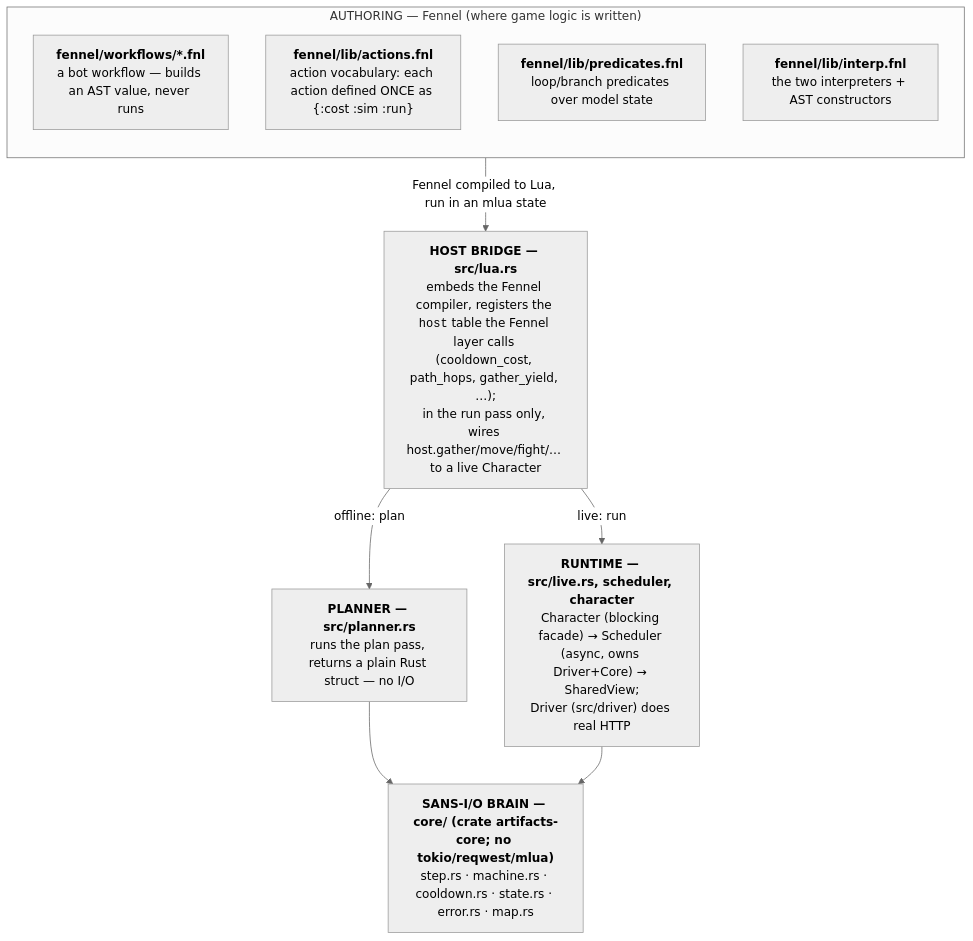
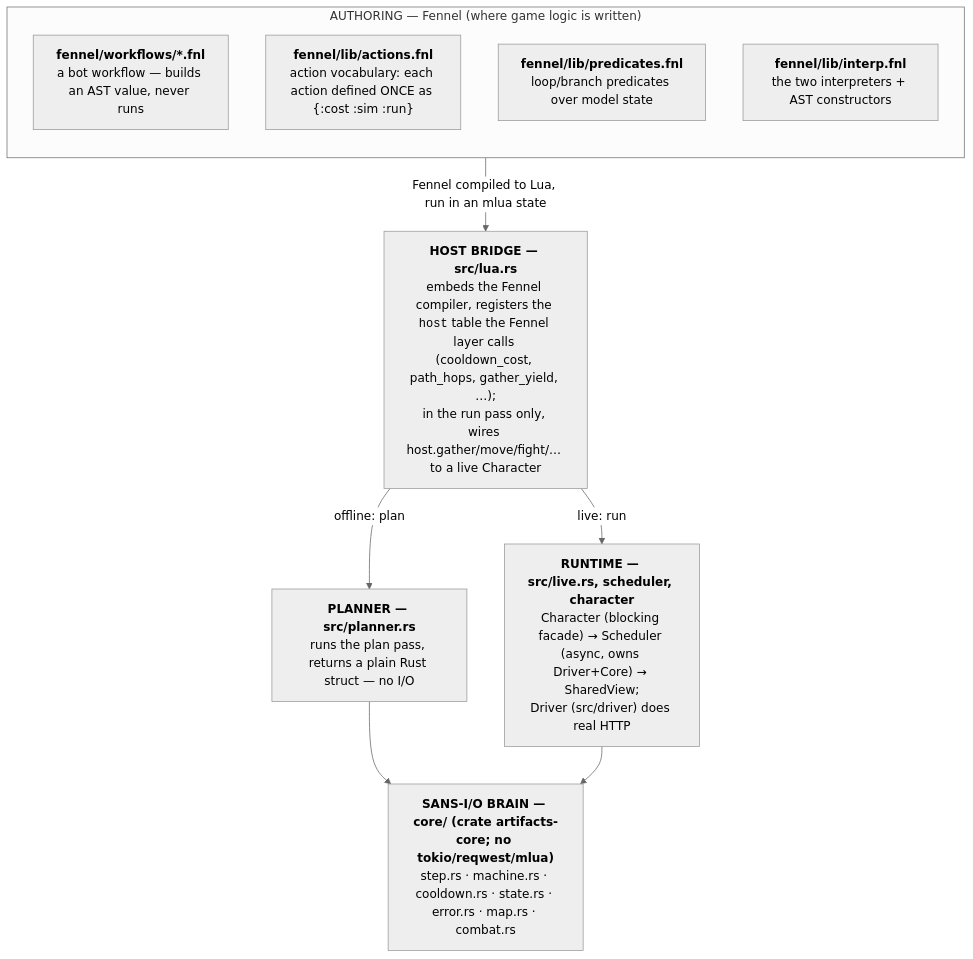
One commit to dfontana/artifacts changed the diagram in docs/ARCHITECTURE.md. Above: the diagram before and after it, drawn with Mermaid (neutral theme). The commit also changed other lines of this file and 19 other files, not shown here.

````diff
--- a/docs/ARCHITECTURE.md
+++ b/docs/ARCHITECTURE.md
@@ -11,23 +11,23 @@
 ```mermaid
 flowchart TD
     subgraph authoring["AUTHORING — Fennel (where game logic is written)"]
         direction TB
         wf["<b>fennel/workflows/*.fnl</b><br/>a bot workflow — builds an AST value, never runs"]
         act["<b>fennel/lib/actions.fnl</b><br/>action vocabulary: each action defined ONCE as {:cost :sim :run}"]
         pred["<b>fennel/lib/predicates.fnl</b><br/>loop/branch predicates over model state"]
         interp["<b>fennel/lib/interp.fnl</b><br/>the two interpreters + AST constructors"]
     end
 
     bridge["<b>HOST BRIDGE — src/lua.rs</b><br/>embeds the Fennel compiler, registers the <code>host</code> table the Fennel layer calls (cooldown_cost, path_hops, gather_yield, …);<br/>in the run pass only, wires host.gather/move/fight/… to a live Character"]
 
     planner["<b>PLANNER — src/planner.rs</b><br/>runs the plan pass, returns a plain Rust struct — no I/O"]
     runtime["<b>RUNTIME — src/live.rs, scheduler, character</b><br/>Character (blocking facade) → Scheduler (async, owns Driver+Core) → SharedView;<br/>Driver (src/driver) does real HTTP"]
 
-    core["<b>SANS-I/O BRAIN — core/ (crate artifacts-core; no tokio/reqwest/mlua)</b><br/>step.rs · machine.rs · cooldown.rs · state.rs · error.rs · map.rs"]
+    core["<b>SANS-I/O BRAIN — core/ (crate artifacts-core; no tokio/reqwest/mlua)</b><br/>step.rs · machine.rs · cooldown.rs · state.rs · error.rs · map.rs · combat.rs"]
 
     authoring -->|"Fennel compiled to Lua, run in an mlua state"| bridge
     bridge -->|"offline: plan"| planner
     bridge -->|"live: run"| runtime
     planner --> core
     runtime --> core
 ```
````
